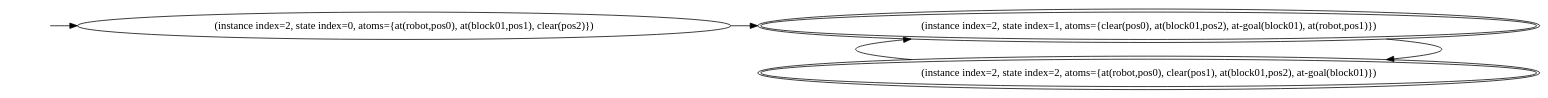
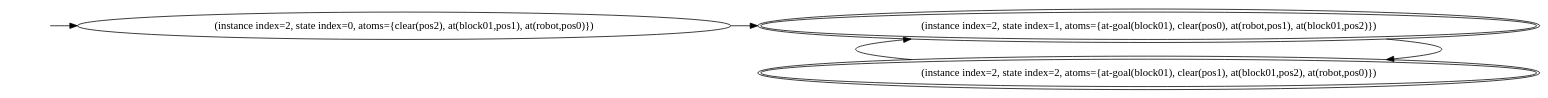
One commit to rakhmanu/sketch-learner-pymimir1 changed the diagram in workspace/problem_1_3_1.dot. Above: the diagram before and after it, drawn with Graphviz. The commit also changed 524 other files, not shown here.

```diff
--- a/workspace/problem_1_3_1.dot
+++ b/workspace/problem_1_3_1.dot
@@ -1,18 +1,18 @@
 digraph {
 rankdir="LR"
-s0[label="(instance index=2, state index=0, atoms={at(robot,pos0), at(block01,pos1), clear(pos2)})"]
-s1[peripheries=2,label="(instance index=2, state index=1, atoms={clear(pos0), at(block01,pos2), at-goal(block01), at(robot,pos1)})"]
-s2[peripheries=2,label="(instance index=2, state index=2, atoms={at(robot,pos0), clear(pos1), at(block01,pos2), at-goal(block01)})"]
+s0[label="(instance index=2, state index=0, atoms={clear(pos2), at(block01,pos1), at(robot,pos0)})"]
+s1[peripheries=2,label="(instance index=2, state index=1, atoms={at-goal(block01), clear(pos0), at(robot,pos1), at(block01,pos2)})"]
+s2[peripheries=2,label="(instance index=2, state index=2, atoms={at-goal(block01), clear(pos1), at(block01,pos2), at(robot,pos0)})"]
 Dangling [ label = "", style = invis ]
 { rank = same; Dangling }
 Dangling -> s0
 { rank = same; s0}
 { rank = same; s1,s2}
 {
 s0->s1
 }
 {
 s1->s2
 s2->s1
 }
 }
```
